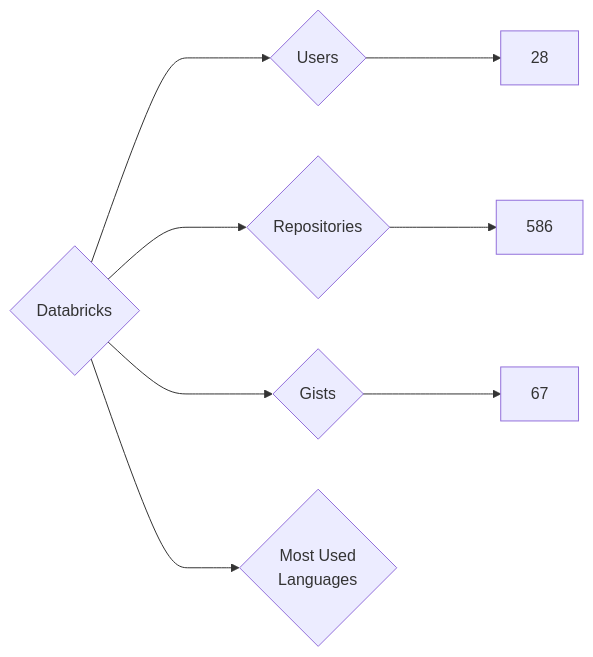
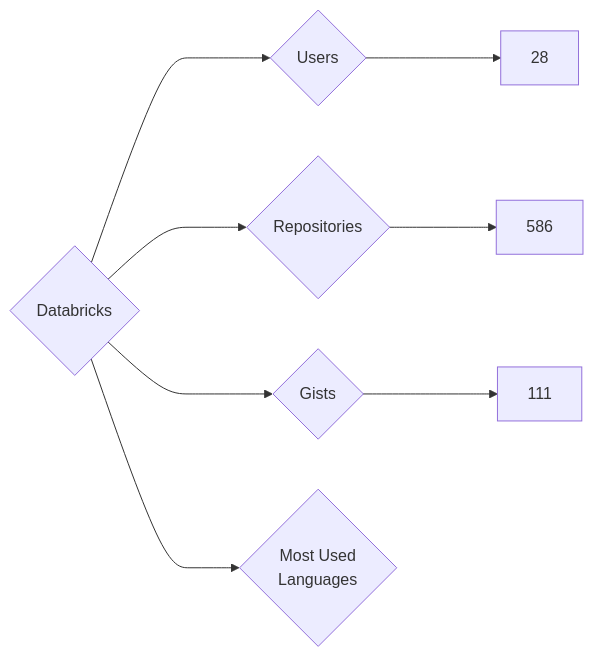
The diagram in targets/Databricks/README.md (nenadzaric/insiders), drawn with Mermaid before and after one commit. The commit also changed 1342 other files, not shown here.

````diff
--- a/targets/Databricks/README.md
+++ b/targets/Databricks/README.md
@@ -3,8 +3,8 @@
 ```mermaid
 graph LR
 COMPANY_NAME{Databricks}
 COMPANY_NAME ---> U{Users} ---> UN[28]
 COMPANY_NAME ---> R{Repositories} ---> RN[586]
-COMPANY_NAME ---> G{Gists} ---> GN[67]
+COMPANY_NAME ---> G{Gists} ---> GN[111]
 COMPANY_NAME ---> ML{Most Used<br>Languages}
 ```
````
